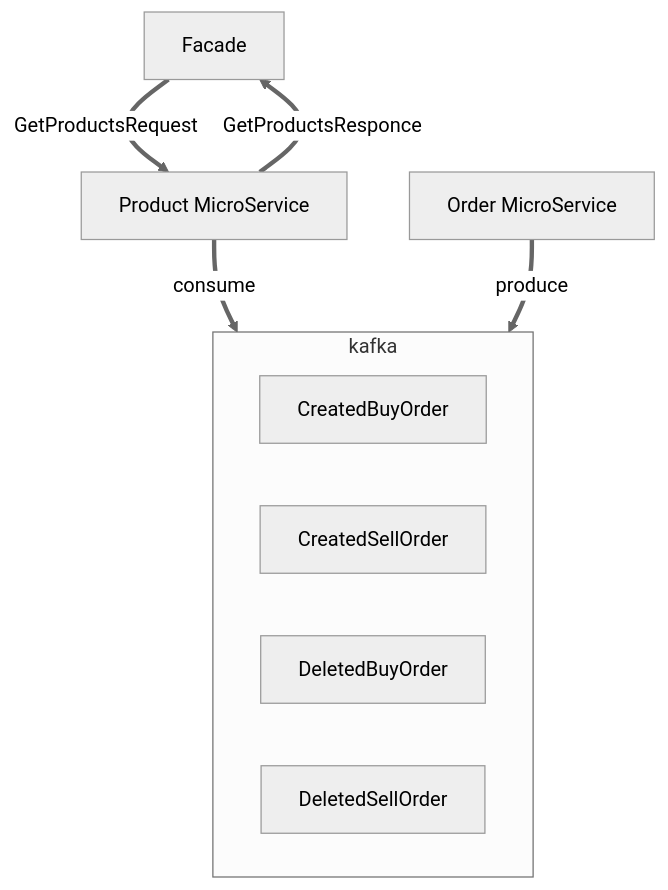
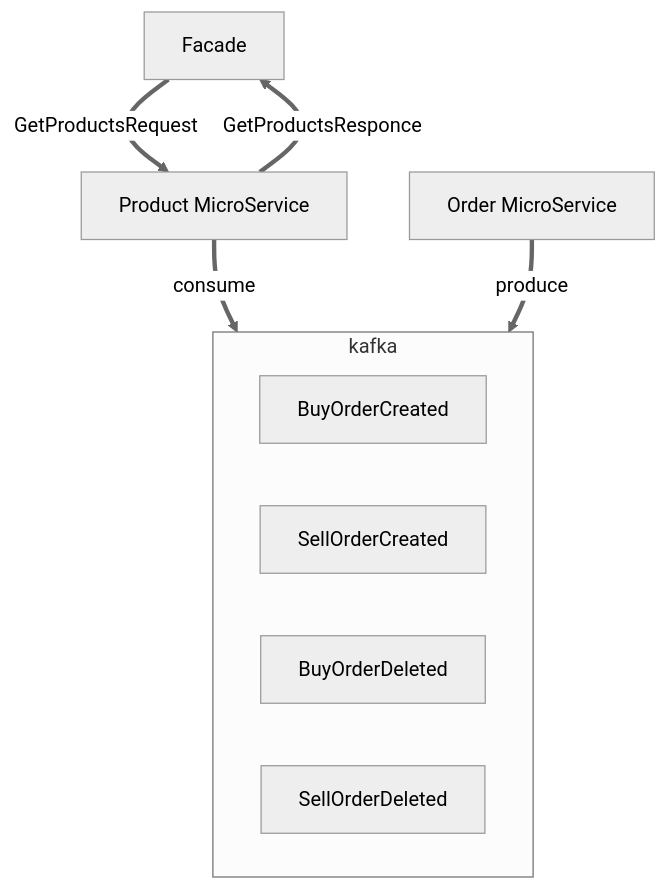
One commit to seesharktwo/markershtern changed the diagram in doc/adr/ProductServiceADR.md. Above: the diagram before and after it, drawn with Mermaid (neutral theme). The commit also changed other lines of this file, not shown here.

````diff
--- a/doc/adr/ProductServiceADR.md
+++ b/doc/adr/ProductServiceADR.md
@@ -25,15 +25,15 @@
 ```mermaid
 flowchart TD  
 	F["Facade"] ==GetProductsRequest==> P["Product MicroService"]
 	P ==GetProductsResponce==> F
 	subgraph kafka
-		CreatedBuyOrder
-		CreatedSellOrder
-		DeletedBuyOrder
-		DeletedSellOrder
+		BuyOrderCreated
+		SellOrderCreated
+		BuyOrderDeleted
+		SellOrderDeleted
 	end
 	O["Order MicroService"]
 	P ==consume==>kafka
 	O ==produce==>kafka
 
 ```
````
